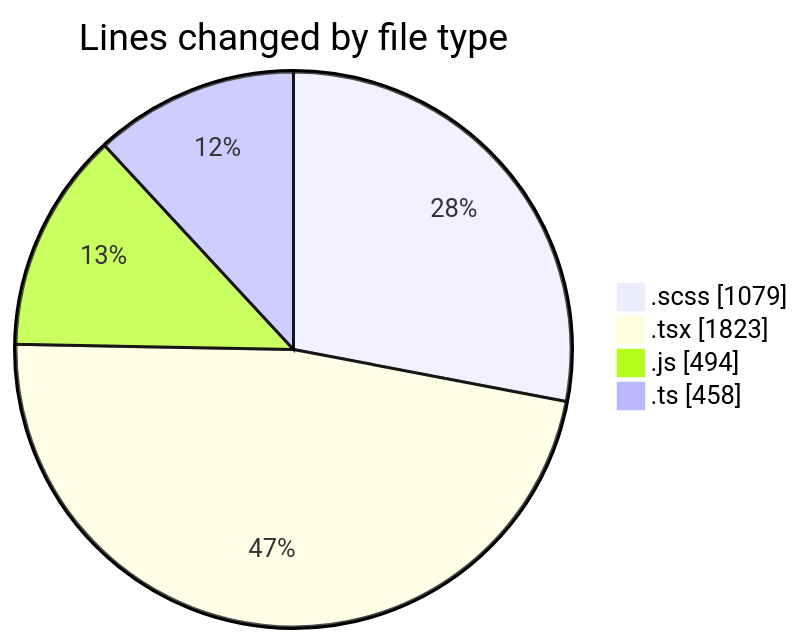
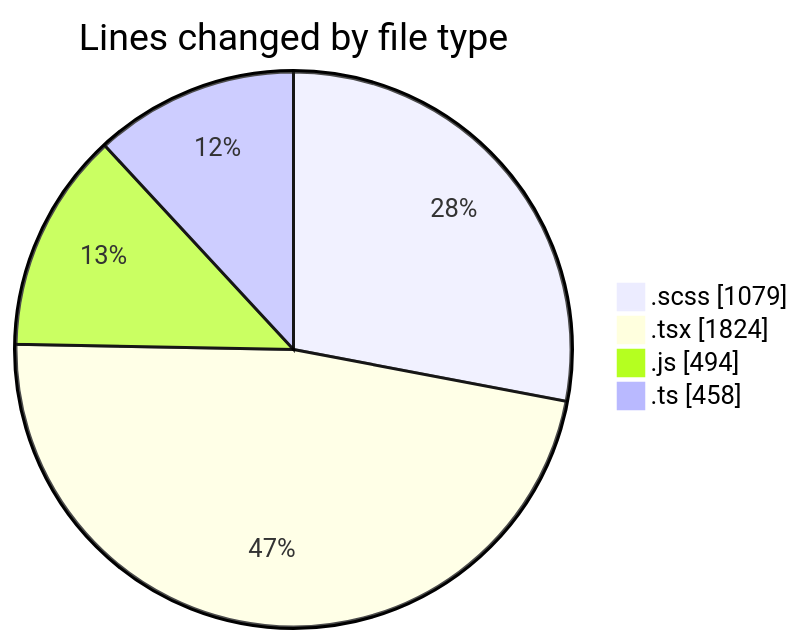
Before and after one commit to momahboobian/code-tracking: the first of 2 diagrams in 2025-03-14/cda/README.md, drawn with Mermaid. The commit also changed other lines of this file and 1 other file, not shown here.

````diff
--- a/2025-03-14/cda/README.md
+++ b/2025-03-14/cda/README.md
@@ -41,8 +41,8 @@
 ```mermaid
 pie showData
 title Lines changed by file type
 ".scss" : 1079
-".tsx" : 1823
+".tsx" : 1824
 ".js" : 494
 ".ts" : 458
 ```
````
